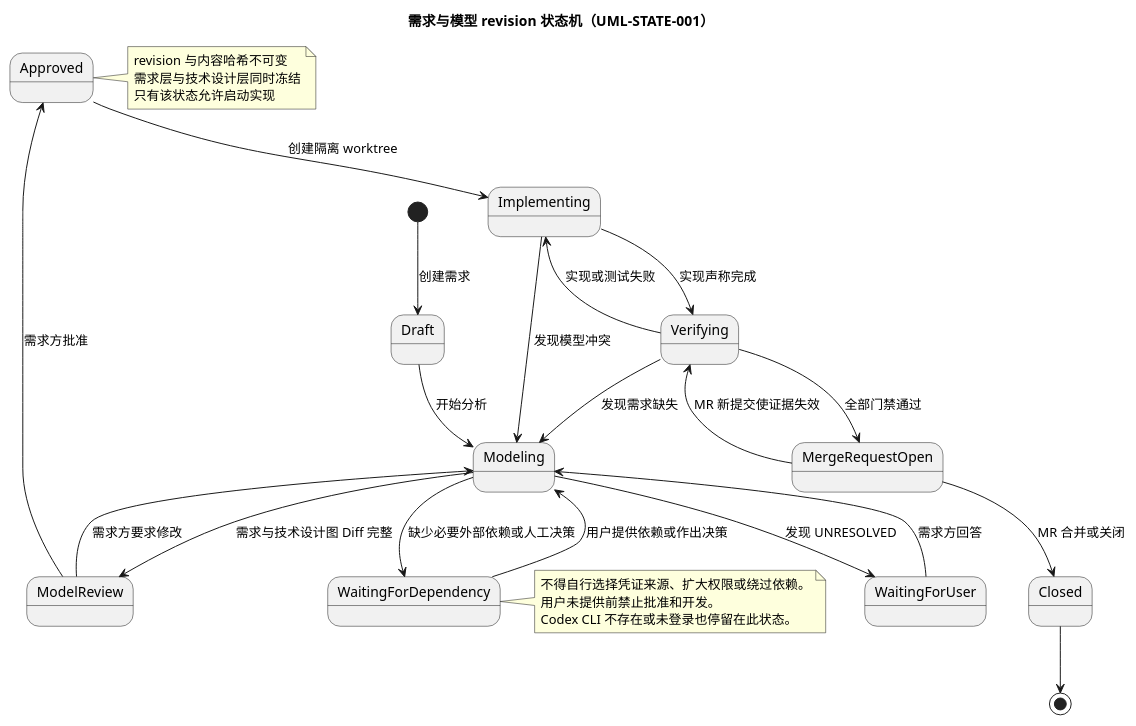
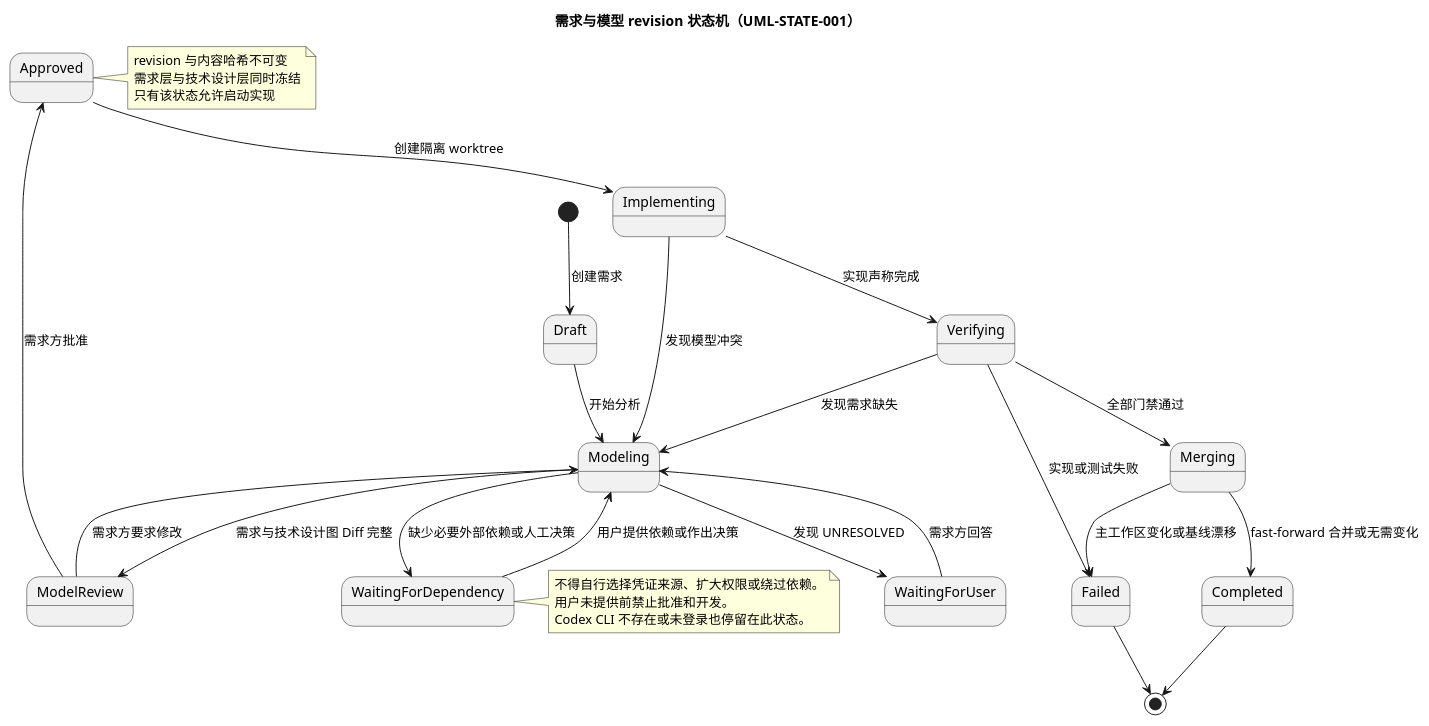
Before and after one commit to Gohoy/code-review: the diagram in doc/uml/02-requirement-state.puml, drawn with PlantUML. The commit also changed 10 other files, not shown here.

```diff
--- a/doc/uml/02-requirement-state.puml
+++ b/doc/uml/02-requirement-state.puml
@@ -1,37 +1,38 @@
 @startuml
 title 需求与模型 revision 状态机（UML-STATE-001）
 skinparam shadowing false
 
 [*] --> Draft : 创建需求
 Draft --> Modeling : 开始分析
 Modeling --> WaitingForUser : 发现 UNRESOLVED
 WaitingForUser --> Modeling : 需求方回答
 Modeling --> WaitingForDependency : 缺少必要外部依赖或人工决策
 WaitingForDependency --> Modeling : 用户提供依赖或作出决策
 Modeling --> ModelReview : 需求与技术设计图 Diff 完整
 ModelReview --> Modeling : 需求方要求修改
 ModelReview --> Approved : 需求方批准
 Approved --> Implementing : 创建隔离 worktree
 Implementing --> Verifying : 实现声称完成
 Implementing --> Modeling : 发现模型冲突
-Verifying --> Implementing : 实现或测试失败
+Verifying --> Failed : 实现或测试失败
 Verifying --> Modeling : 发现需求缺失
-Verifying --> MergeRequestOpen : 全部门禁通过
-MergeRequestOpen --> Verifying : MR 新提交使证据失效
-MergeRequestOpen --> Closed : MR 合并或关闭
-Closed --> [*]
+Verifying --> Merging : 全部门禁通过
+Merging --> Failed : 主工作区变化或基线漂移
+Merging --> Completed : fast-forward 合并或无需变化
+Failed --> [*]
+Completed --> [*]
 
 state Approved
 note right of Approved
 revision 与内容哈希不可变
 需求层与技术设计层同时冻结
 只有该状态允许启动实现
 end note
 
 state WaitingForDependency
 note right of WaitingForDependency
 不得自行选择凭证来源、扩大权限或绕过依赖。
 用户未提供前禁止批准和开发。
 Codex CLI 不存在或未登录也停留在此状态。
 end note
 @enduml
```
